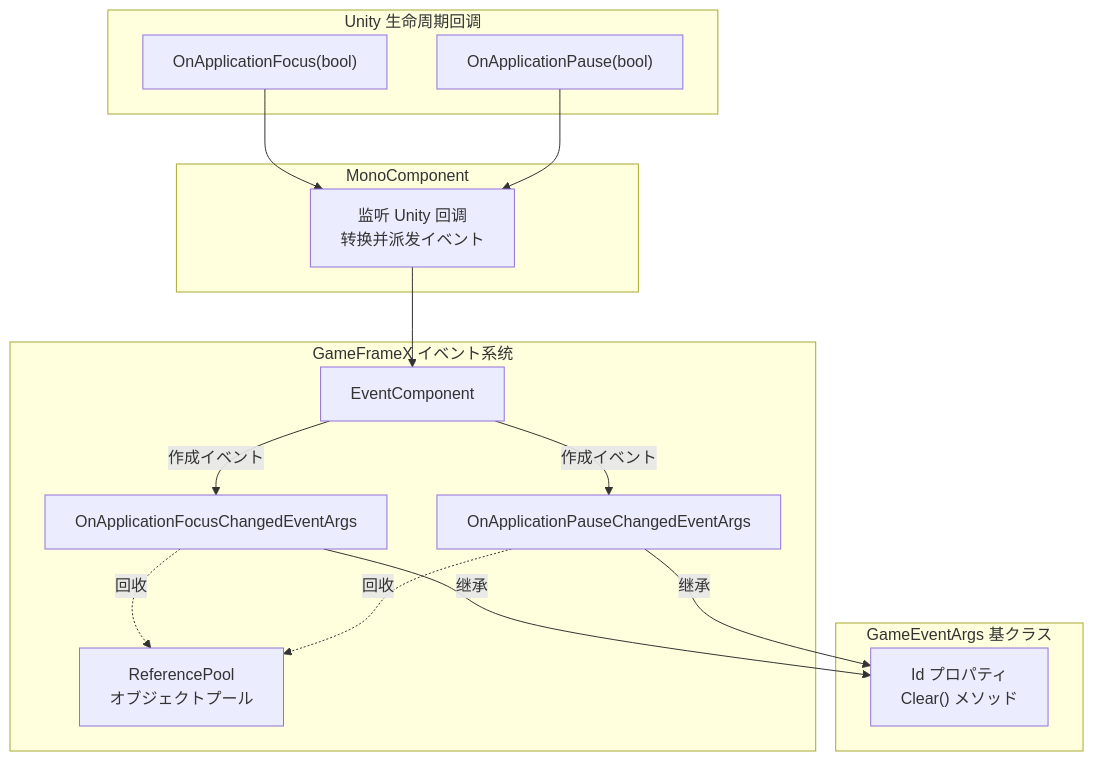
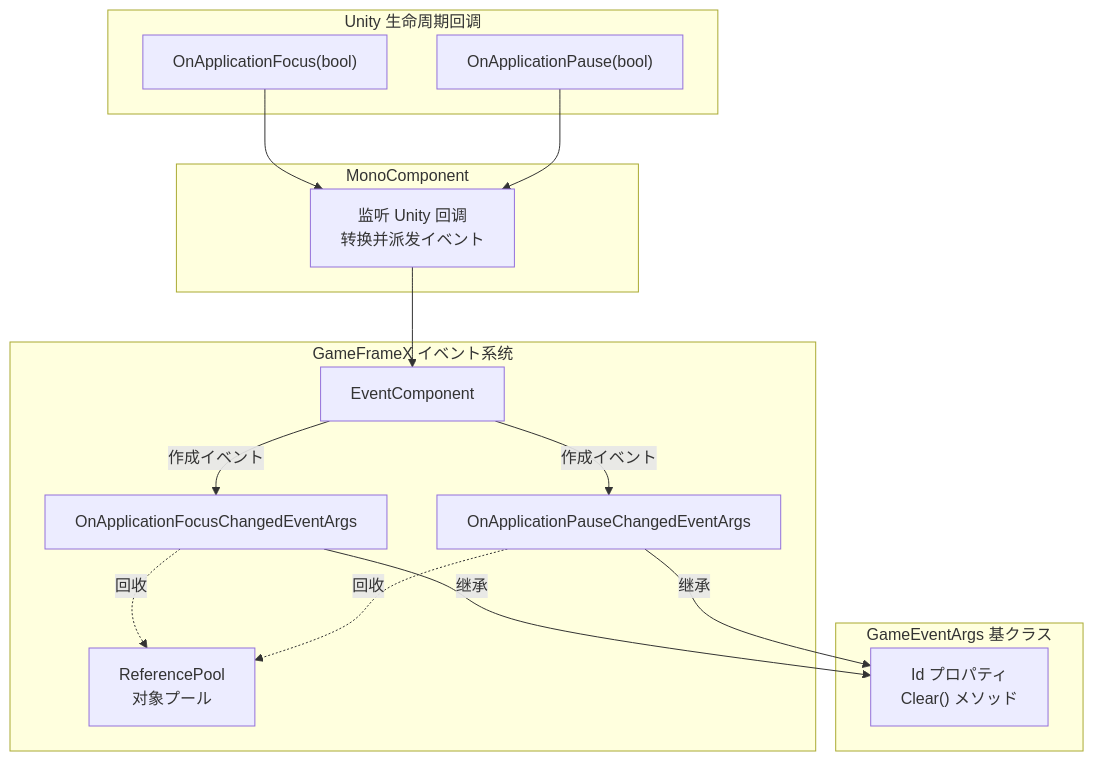
One commit to AlianBlank/GameFrameX.Docs changed the first of 2 diagrams in docs/ja/client/unity/component/mono/04.event-types.md. Above: the diagram before and after it, drawn with Mermaid. The commit also changed other lines of this file and 320 other files, not shown here.

````diff
--- a/docs/ja/client/unity/component/mono/04.event-types.md
+++ b/docs/ja/client/unity/component/mono/04.event-types.md
@@ -18,32 +18,32 @@
 ```mermaid
 graph TD
     subgraph Unity["Unity 生命周期回调"]
         UnityFocus["OnApplicationFocus(bool)"]
         UnityPause["OnApplicationPause(bool)"]
     end
 
     subgraph MonoComponent["MonoComponent"]
         MC["监听 Unity 回调<br/>转换并派发イベント"]
     end
 
     subgraph EventSystem["GameFrameX イベント系统"]
         EventComp["EventComponent"]
         EventArgs1["OnApplicationFocusChangedEventArgs"]
         EventArgs2["OnApplicationPauseChangedEventArgs"]
-        Pool["ReferencePool<br/>オブジェクトプール"]
+        Pool["ReferencePool<br/>对象プール"]
     end
 
     subgraph GameEventArgs["GameEventArgs 基クラス"]
         GE["Id プロパティ<br/>Clear() メソッド"]
     end
 
     UnityFocus --> MC
     UnityPause --> MC
     MC --> EventComp
     EventComp -->|作成イベント| EventArgs1
     EventComp -->|作成イベント| EventArgs2
     EventArgs1 -->|继承| GE
     EventArgs2 -->|继承| GE
     EventArgs1 -.->|回收| Pool
     EventArgs2 -.->|回收| Pool
 ```
````
